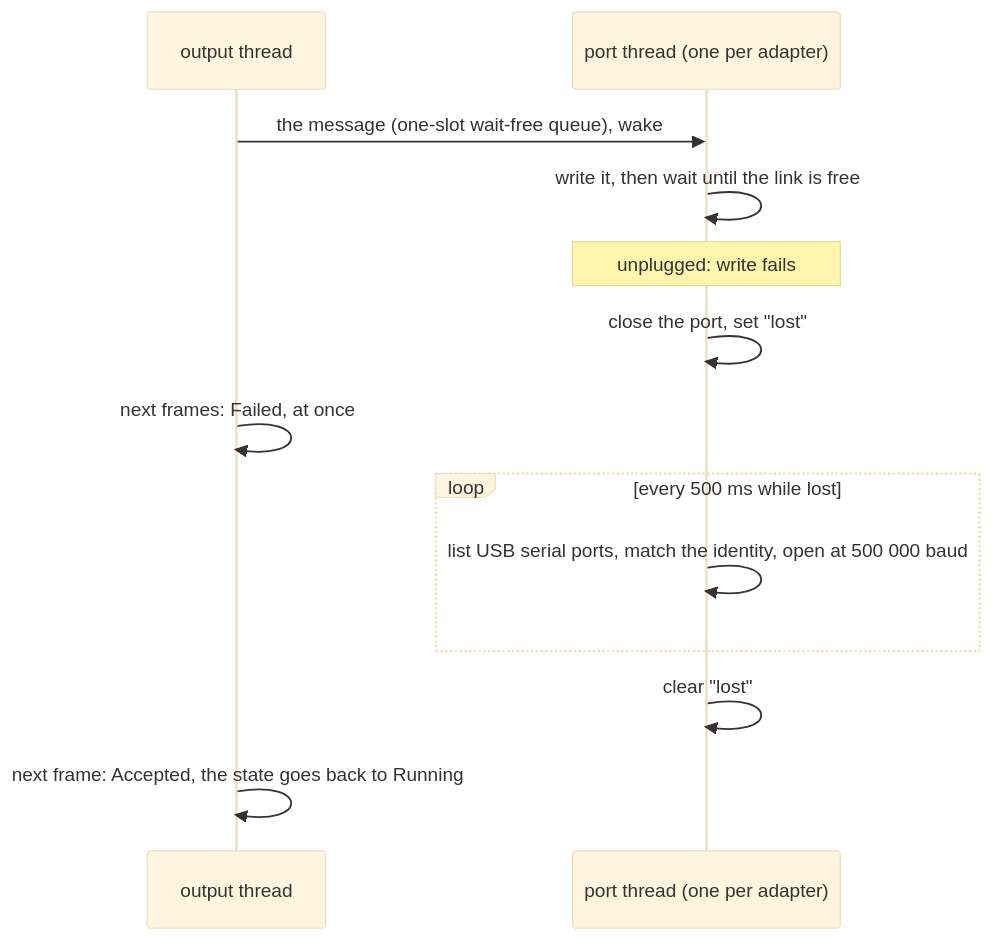
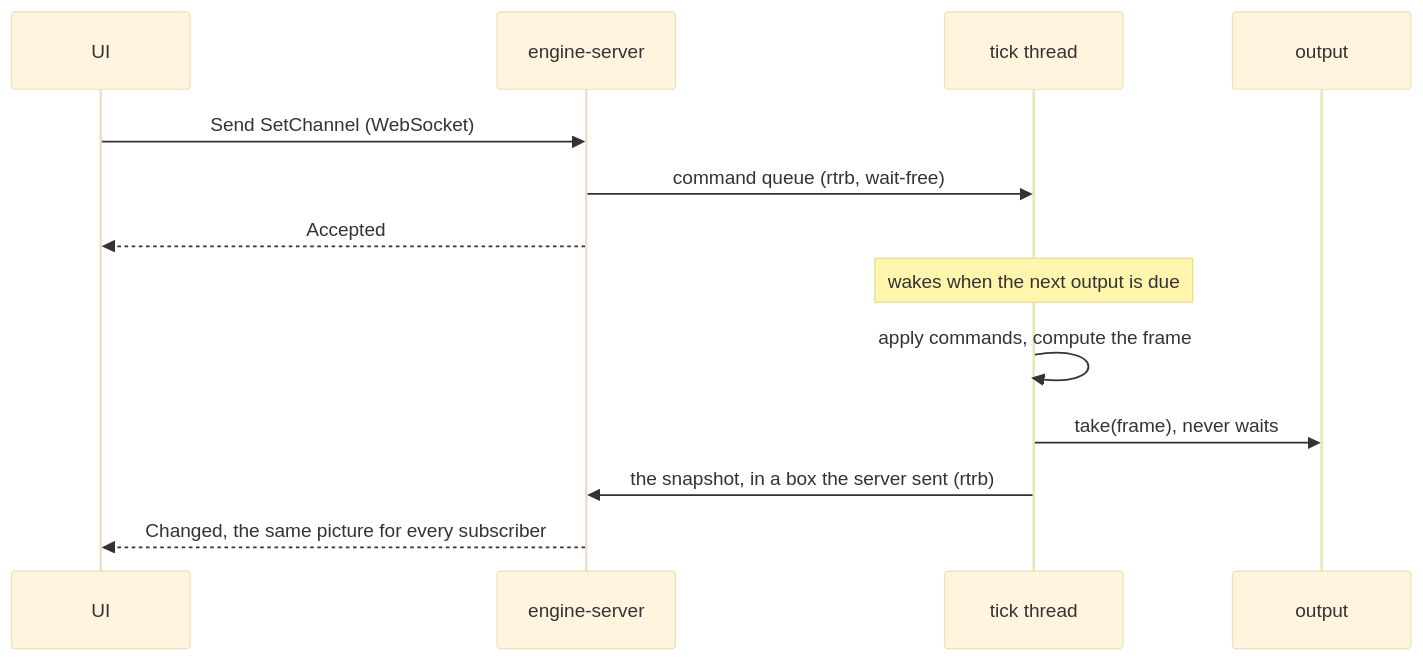
Before and after one commit to abossard/bossylights: the third of 5 diagrams in README.md, drawn with Mermaid (base theme). The commit also changed other lines of this file and 7 other files, not shown here.

````diff
--- a/README.md
+++ b/README.md
@@ -112,15 +109,15 @@
 ```mermaid
 sequenceDiagram
-  participant O as output thread
-  participant P as port thread (one per adapter)
-  O->>P: the message (one-slot wait-free queue), wake
-  P->>P: write it, then wait until the link is free
-  Note over P: unplugged: write fails
-  P->>P: close the port, set "lost"
-  O->>O: next frames: Failed, at once
-  loop every 500 ms while lost
-    P->>P: list USB serial ports, match the identity, open at 500 000 baud
-  end
-  P->>P: clear "lost"
-  O->>O: next frame: Accepted, the state goes back to Running
+  participant UI as UI
+  participant S as engine-server
+  participant T as tick thread
+  participant O as output
+  UI->>S: Send SetChannel (WebSocket)
+  S->>T: command queue (rtrb, wait-free)
+  S-->>UI: Accepted
+  Note over T: wakes when the next output is due
+  T->>T: apply commands, compute the frame
+  T->>O: take(frame), never waits
+  T->>S: the snapshot, in a box the server sent (rtrb)
+  S-->>UI: Changed, the same picture for every subscriber
 ```
````
